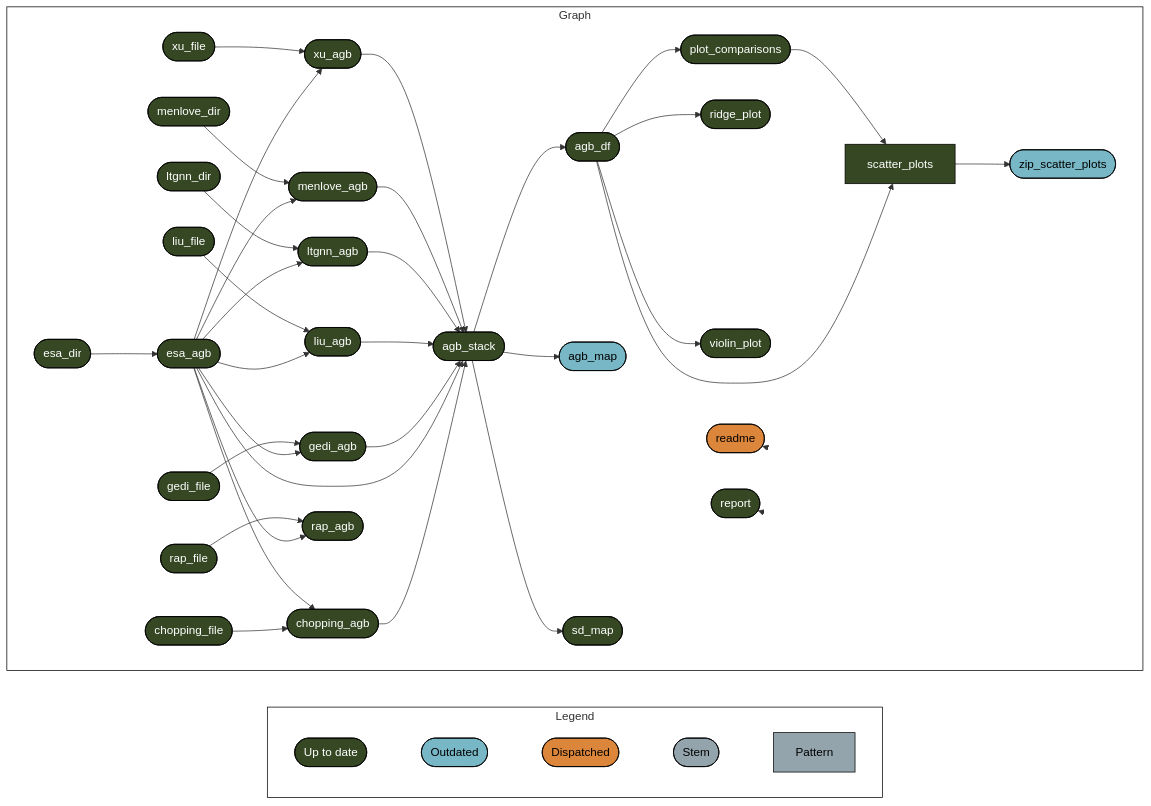
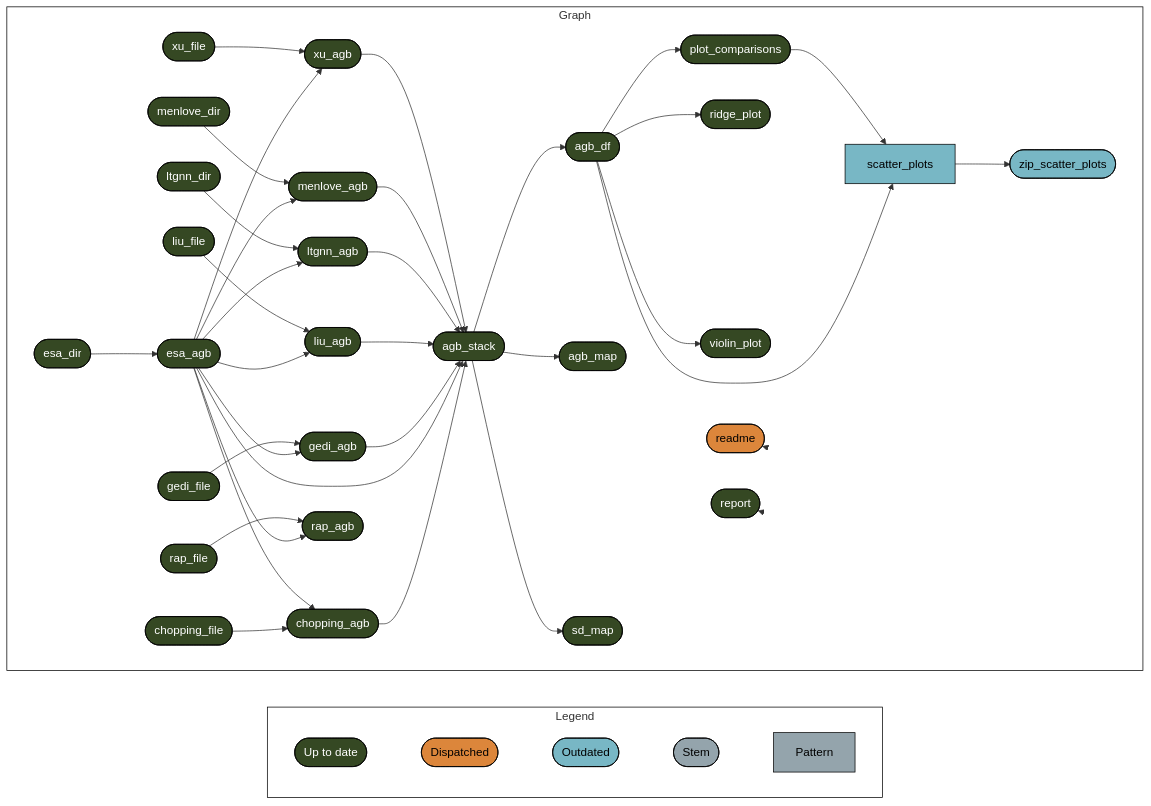
One commit to EcosystemEcologyLab/SW_Biomass changed the diagram in README.md. Above: the diagram before and after it, drawn with Mermaid. The commit also changed other lines of this file and 13 other files, not shown here.

Commit message:
add correlation coeff to scatter plots

````diff
--- a/README.md
+++ b/README.md
@@ -36,58 +36,58 @@
 ``` mermaid
 graph LR
   style Legend fill:#FFFFFF00,stroke:#000000;
   style Graph fill:#FFFFFF00,stroke:#000000;
   subgraph Legend
     direction LR
-    x7420bd9270f8d27d([""Up to date""]):::uptodate --- x0a52b03877696646([""Outdated""]):::outdated
-    x0a52b03877696646([""Outdated""]):::outdated --- xa8565c104d8f0705([""Dispatched""]):::dispatched
-    xa8565c104d8f0705([""Dispatched""]):::dispatched --- xbf4603d6c2c2ad6b([""Stem""]):::none
+    x7420bd9270f8d27d([""Up to date""]):::uptodate --- xa8565c104d8f0705([""Dispatched""]):::dispatched
+    xa8565c104d8f0705([""Dispatched""]):::dispatched --- x0a52b03877696646([""Outdated""]):::outdated
+    x0a52b03877696646([""Outdated""]):::outdated --- xbf4603d6c2c2ad6b([""Stem""]):::none
     xbf4603d6c2c2ad6b([""Stem""]):::none --- x70a5fa6bea6f298d[""Pattern""]:::none
   end
   subgraph Graph
     direction LR
-    x1194ca8b71ccd0e1(["agb_df"]):::uptodate --> xa9c8870bcb5985fd["scatter_plots"]:::uptodate
-    xa5177effe50f87b0(["plot_comparisons"]):::uptodate --> xa9c8870bcb5985fd["scatter_plots"]:::uptodate
+    x1194ca8b71ccd0e1(["agb_df"]):::uptodate --> xa9c8870bcb5985fd["scatter_plots"]:::outdated
+    xa5177effe50f87b0(["plot_comparisons"]):::uptodate --> xa9c8870bcb5985fd["scatter_plots"]:::outdated
     x74a8a38fc5a3e271(["agb_stack"]):::uptodate --> x1194ca8b71ccd0e1(["agb_df"]):::uptodate
     x9f7f8cade5fecf35(["esa_agb"]):::uptodate --> x7ff1622cd5d030f8(["ltgnn_agb"]):::uptodate
     xc968c07864940097(["ltgnn_dir"]):::uptodate --> x7ff1622cd5d030f8(["ltgnn_agb"]):::uptodate
     x10672e980111f5c2(["chopping_agb"]):::uptodate --> x74a8a38fc5a3e271(["agb_stack"]):::uptodate
     x9f7f8cade5fecf35(["esa_agb"]):::uptodate --> x74a8a38fc5a3e271(["agb_stack"]):::uptodate
     x5bee436f312cca80(["gedi_agb"]):::uptodate --> x74a8a38fc5a3e271(["agb_stack"]):::uptodate
     xe4f3f2f15e724def(["liu_agb"]):::uptodate --> x74a8a38fc5a3e271(["agb_stack"]):::uptodate
     x7ff1622cd5d030f8(["ltgnn_agb"]):::uptodate --> x74a8a38fc5a3e271(["agb_stack"]):::uptodate
     xb420f92ea294cb0b(["menlove_agb"]):::uptodate --> x74a8a38fc5a3e271(["agb_stack"]):::uptodate
     x6bb719b45bfee760(["xu_agb"]):::uptodate --> x74a8a38fc5a3e271(["agb_stack"]):::uptodate
     x9f7f8cade5fecf35(["esa_agb"]):::uptodate --> xe4f3f2f15e724def(["liu_agb"]):::uptodate
     x26d0dae1bf6fcb39(["liu_file"]):::uptodate --> xe4f3f2f15e724def(["liu_agb"]):::uptodate
-    x74a8a38fc5a3e271(["agb_stack"]):::uptodate --> xd959ad20dd7fd009(["agb_map"]):::outdated
+    x74a8a38fc5a3e271(["agb_stack"]):::uptodate --> xd959ad20dd7fd009(["agb_map"]):::uptodate
     x74a8a38fc5a3e271(["agb_stack"]):::uptodate --> x7dce032f25b5c564(["sd_map"]):::uptodate
     x1194ca8b71ccd0e1(["agb_df"]):::uptodate --> xa5177effe50f87b0(["plot_comparisons"]):::uptodate
     x9f7f8cade5fecf35(["esa_agb"]):::uptodate --> x5bee436f312cca80(["gedi_agb"]):::uptodate
     x8d7fb25f1e16bc4f(["gedi_file"]):::uptodate --> x5bee436f312cca80(["gedi_agb"]):::uptodate
-    xa9c8870bcb5985fd["scatter_plots"]:::uptodate --> x0ed052f6c2f4c6d2(["zip_scatter_plots"]):::outdated
+    xa9c8870bcb5985fd["scatter_plots"]:::outdated --> x0ed052f6c2f4c6d2(["zip_scatter_plots"]):::outdated
     x9f7f8cade5fecf35(["esa_agb"]):::uptodate --> xb420f92ea294cb0b(["menlove_agb"]):::uptodate
     x5086af9665941a9e(["menlove_dir"]):::uptodate --> xb420f92ea294cb0b(["menlove_agb"]):::uptodate
     x9f7f8cade5fecf35(["esa_agb"]):::uptodate --> x5688b5ef6bcea6f9(["rap_agb"]):::uptodate
     x9889d33e942dc03b(["rap_file"]):::uptodate --> x5688b5ef6bcea6f9(["rap_agb"]):::uptodate
     x80cf9d1bb79c21e3(["chopping_file"]):::uptodate --> x10672e980111f5c2(["chopping_agb"]):::uptodate
     x9f7f8cade5fecf35(["esa_agb"]):::uptodate --> x10672e980111f5c2(["chopping_agb"]):::uptodate
     x1194ca8b71ccd0e1(["agb_df"]):::uptodate --> x13774cf4f2cc9b83(["ridge_plot"]):::uptodate
     x9f7f8cade5fecf35(["esa_agb"]):::uptodate --> x6bb719b45bfee760(["xu_agb"]):::uptodate
     x39b0a131ab7dd2d0(["xu_file"]):::uptodate --> x6bb719b45bfee760(["xu_agb"]):::uptodate
     xb91305eee1f5b0b5(["esa_dir"]):::uptodate --> x9f7f8cade5fecf35(["esa_agb"]):::uptodate
     x1194ca8b71ccd0e1(["agb_df"]):::uptodate --> xfe73ce9654aaf612(["violin_plot"]):::uptodate
     x6e52cb0f1668cc22(["readme"]):::dispatched --> x6e52cb0f1668cc22(["readme"]):::dispatched
     xe0fba61fbc506510(["report"]):::uptodate --> xe0fba61fbc506510(["report"]):::uptodate
   end
   classDef uptodate stroke:#000000,color:#ffffff,fill:#354823;
+  classDef dispatched stroke:#000000,color:#000000,fill:#DC863B;
   classDef outdated stroke:#000000,color:#000000,fill:#78B7C5;
-  classDef dispatched stroke:#000000,color:#000000,fill:#DC863B;
   classDef none stroke:#000000,color:#000000,fill:#94a4ac;
   linkStyle 0 stroke-width:0px;
   linkStyle 1 stroke-width:0px;
   linkStyle 2 stroke-width:0px;
   linkStyle 3 stroke-width:0px;
   linkStyle 35 stroke-width:0px;
   linkStyle 36 stroke-width:0px;
 ```
````
